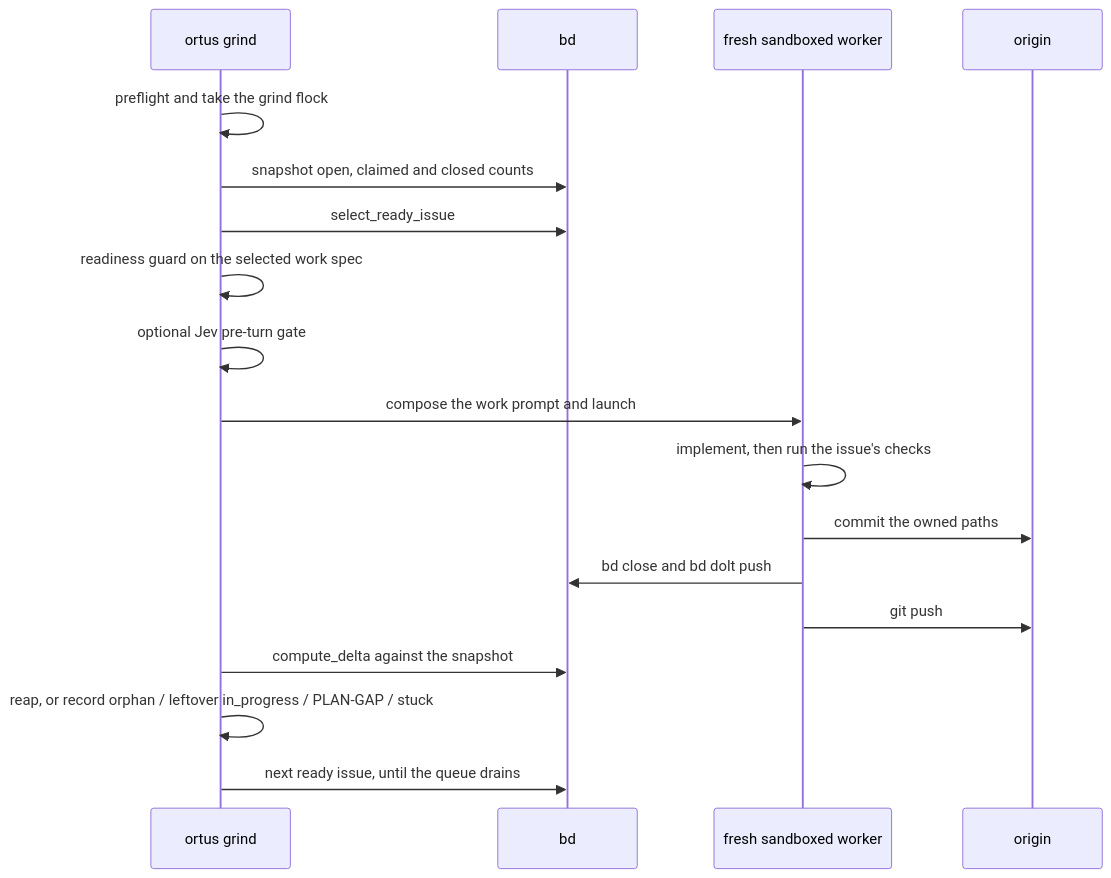
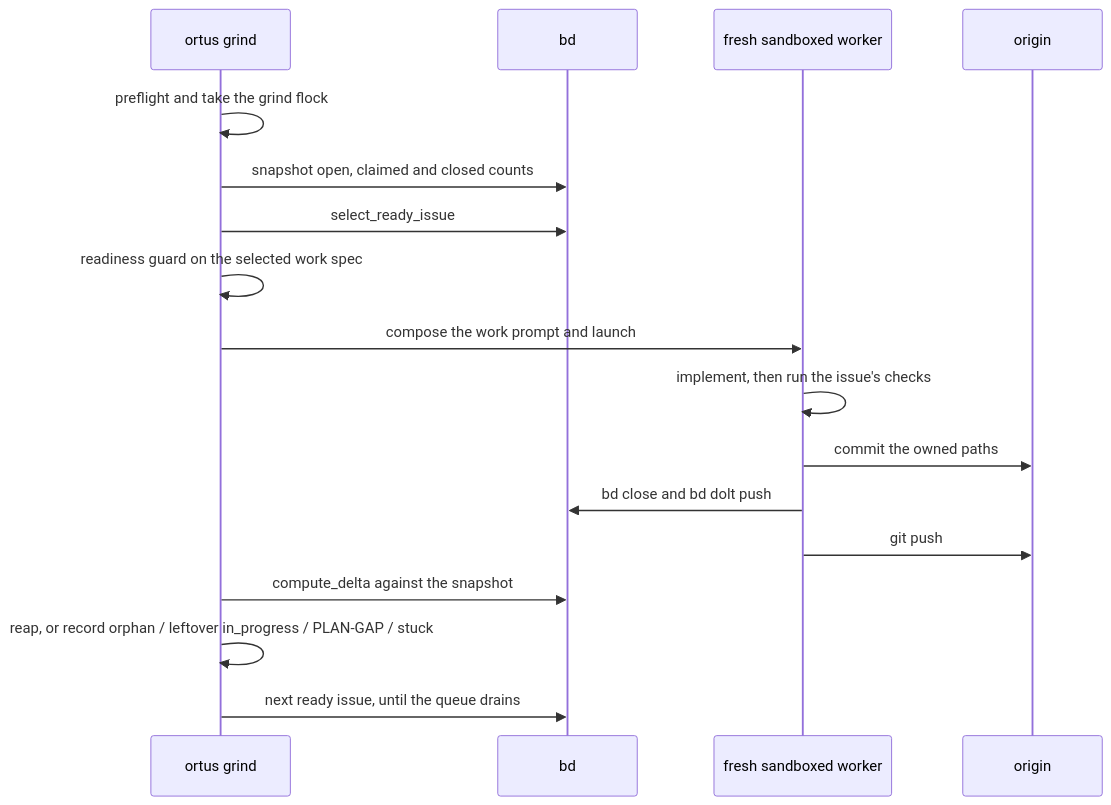
One commit to who/ortus changed the first of 2 diagrams in docs/grind.md. Above: the diagram before and after it, drawn with Mermaid. The commit also changed 13 other files, not shown here.

````diff
--- a/docs/grind.md
+++ b/docs/grind.md
@@ -9,20 +9,19 @@
 ```mermaid
 sequenceDiagram
     participant G as ortus grind
     participant B as bd
     participant W as fresh sandboxed worker
     participant R as origin
     G->>G: preflight and take the grind flock
     G->>B: snapshot open, claimed and closed counts
     G->>B: select_ready_issue
     G->>G: readiness guard on the selected work spec
-    G->>G: optional Jev pre-turn gate
     G->>W: compose the work prompt and launch
     W->>W: implement, then run the issue's checks
     W->>R: commit the owned paths
     W->>B: bd close and bd dolt push
     W->>R: git push
     G->>B: compute_delta against the snapshot
     G->>G: reap, or record orphan / leftover in_progress / PLAN-GAP / stuck
     G->>B: next ready issue, until the queue drains
 ```
````
